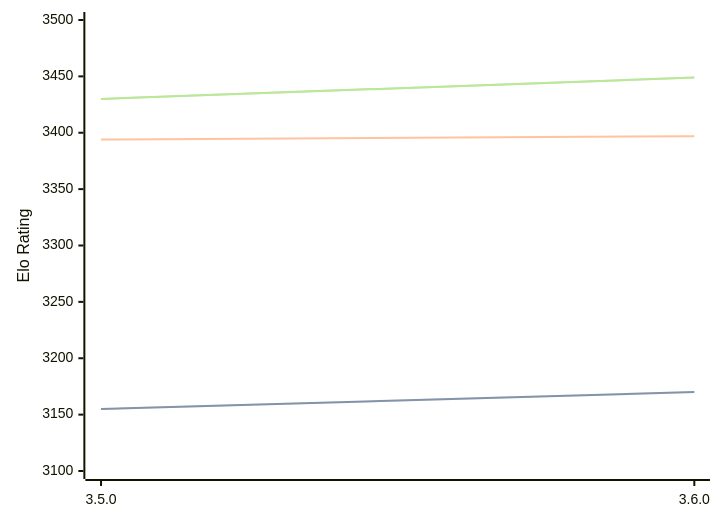
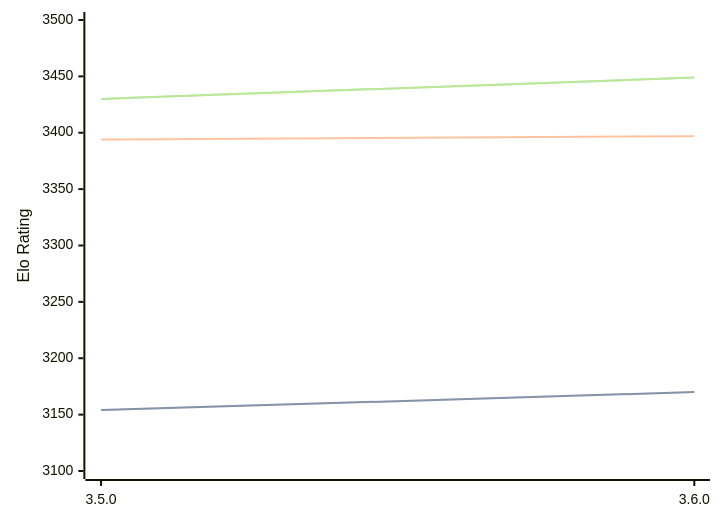
One commit to computer-chess-index/cci changed the diagram in engines/Igel.md. Above: the diagram before and after it, drawn with Mermaid. The commit also changed other lines of this file, not shown here.

````diff
--- a/engines/Igel.md
+++ b/engines/Igel.md
@@ -68,11 +68,11 @@
 ```mermaid
 %%{init: {"theme":"base","themeVariables":{"seriesColors:['#a3a3a3','#222221','#faa371']}}}%%
 xychart-beta
   x-axis ["3.5.0", "3.6.0"]
   y-axis "Elo Rating" 3100 --> 3500
-  line "STC (8.0+0.08s)" [3155, 3170]
-  line "STC (8.0+0.08s)" [3155, 3170]
+  line "STC (8.0+0.08s)" [3154, 3170]
+  line "STC (8.0+0.08s)" [3154, 3170]
   line "LTC (60.0+0.60s)" [3394, 3397]
   line "VLTC (2m24s+1.12s)" [3430, 3449]
   line "VLTC (2m24s+1.12s)" [3430, 3449]
 ```
````
